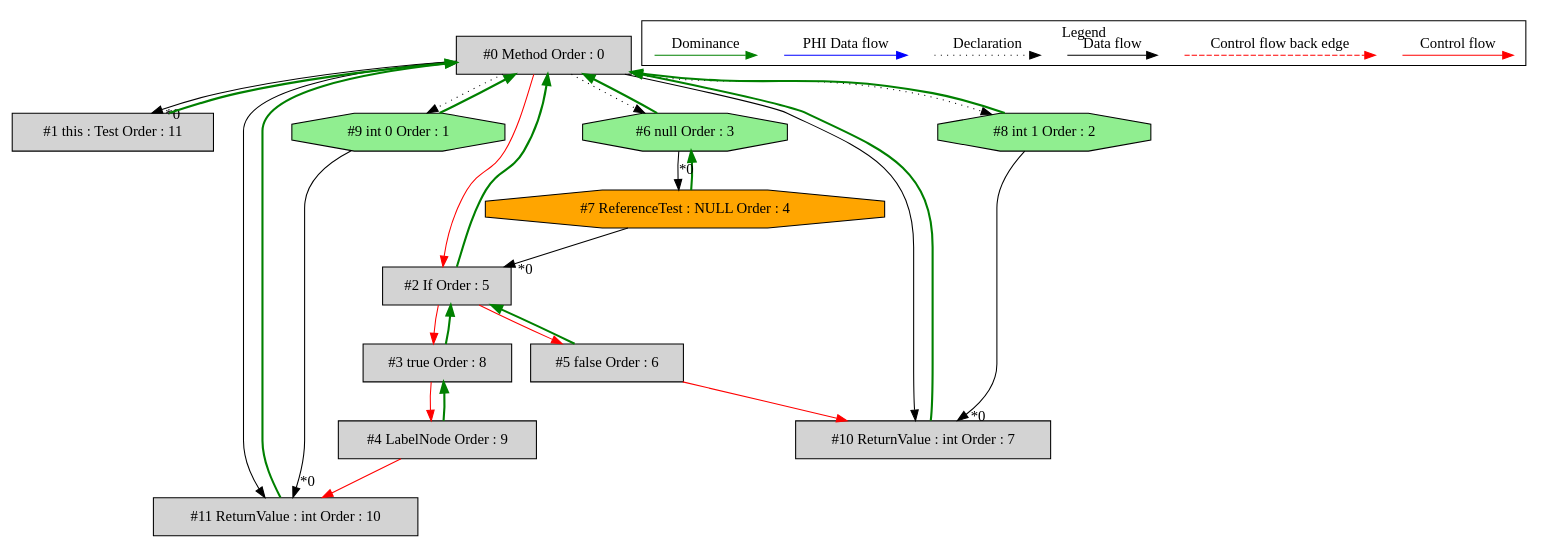
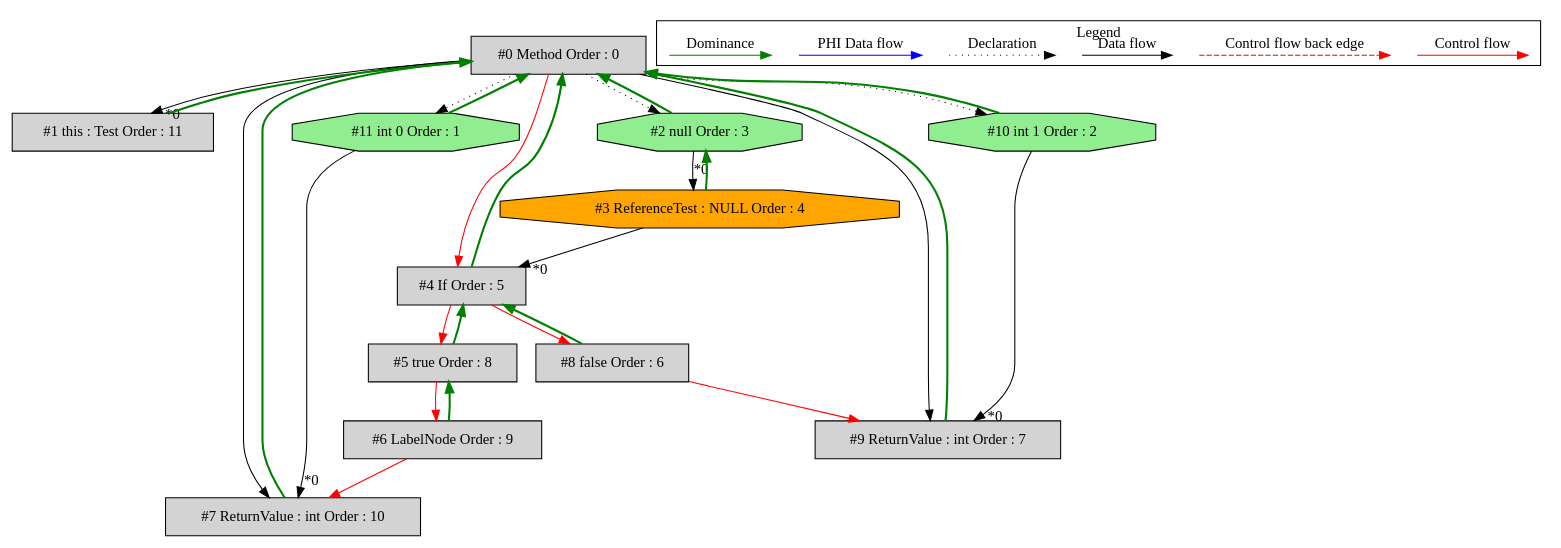
One commit to mirkosertic/MetaIR changed the diagram in de.mirkosertic.metair.ir.OpcodeIFNULLTest/test_IFNULL/ir_dominatortree.dot. Above: the diagram before and after it, drawn with Graphviz. The commit also changed 883 other files, not shown here.

```diff
--- a/de.mirkosertic.metair.ir.OpcodeIFNULLTest/test_IFNULL/ir_dominatortree.dot
+++ b/de.mirkosertic.metair.ir.OpcodeIFNULLTest/test_IFNULL/ir_dominatortree.dot
@@ -1,68 +1,68 @@
 digraph debugoutput {
  ordering="in";
  node0[label="#0 Method Order : 0",shape=box, fillcolor=lightgrey, style=filled];
  node1[label="#1 this : Test Order : 11",shape=box, fillcolor=lightgrey, style=filled];
  node1 -> node0[dir="forward" color="green" penwidth="2"];
  node0 -> node1[headlabel="*0", labeldistance=2];
- node2[label="#2 If Order : 5",shape=box, fillcolor=lightgrey, style=filled];
+ node2[label="#2 null Order : 3",shape=octagon, fillcolor=lightgreen, style=filled];
  node2 -> node0[dir="forward" color="green" penwidth="2"];
- node7 -> node2[headlabel="*0", labeldistance=2];
- node0 -> node2[labeldistance=2, color=red, fontcolor=red];
- node3[label="#3 true Order : 8",shape=box, fillcolor=lightgrey, style=filled];
+ node0 -> node2[style=dotted];
+ node3[label="#3 ReferenceTest : NULL Order : 4",shape=octagon, fillcolor=orange, style=filled];
  node3 -> node2[dir="forward" color="green" penwidth="2"];
- node2 -> node3[labeldistance=2, color=red, fontcolor=red];
- node4[label="#4 LabelNode Order : 9",shape=box, fillcolor=lightgrey, style=filled];
- node4 -> node3[dir="forward" color="green" penwidth="2"];
- node3 -> node4[labeldistance=2, color=red, fontcolor=red];
- node5[label="#5 false Order : 6",shape=box, fillcolor=lightgrey, style=filled];
- node5 -> node2[dir="forward" color="green" penwidth="2"];
- node2 -> node5[labeldistance=2, color=red, fontcolor=red];
- node6[label="#6 null Order : 3",shape=octagon, fillcolor=lightgreen, style=filled];
- node6 -> node0[dir="forward" color="green" penwidth="2"];
- node0 -> node6[style=dotted];
- node7[label="#7 ReferenceTest : NULL Order : 4",shape=octagon, fillcolor=orange, style=filled];
- node7 -> node6[dir="forward" color="green" penwidth="2"];
- node6 -> node7[headlabel="*0", labeldistance=2];
- node8[label="#8 int 1 Order : 2",shape=octagon, fillcolor=lightgreen, style=filled];
- node8 -> node0[dir="forward" color="green" penwidth="2"];
- node0 -> node8[style=dotted];
- node9[label="#9 int 0 Order : 1",shape=octagon, fillcolor=lightgreen, style=filled];
+ node2 -> node3[headlabel="*0", labeldistance=2];
+ node4[label="#4 If Order : 5",shape=box, fillcolor=lightgrey, style=filled];
+ node4 -> node0[dir="forward" color="green" penwidth="2"];
+ node3 -> node4[headlabel="*0", labeldistance=2];
+ node0 -> node4[labeldistance=2, color=red, fontcolor=red];
+ node5[label="#5 true Order : 8",shape=box, fillcolor=lightgrey, style=filled];
+ node5 -> node4[dir="forward" color="green" penwidth="2"];
+ node4 -> node5[labeldistance=2, color=red, fontcolor=red];
+ node6[label="#6 LabelNode Order : 9",shape=box, fillcolor=lightgrey, style=filled];
+ node6 -> node5[dir="forward" color="green" penwidth="2"];
+ node5 -> node6[labeldistance=2, color=red, fontcolor=red];
+ node7[label="#7 ReturnValue : int Order : 10",shape=box, fillcolor=lightgrey, style=filled];
+ node7 -> node0[dir="forward" color="green" penwidth="2"];
+ node11 -> node7[headlabel="*0", labeldistance=2];
+ node6 -> node7[labeldistance=2, color=red, fontcolor=red];
+ node0 -> node7;
+ node8[label="#8 false Order : 6",shape=box, fillcolor=lightgrey, style=filled];
+ node8 -> node4[dir="forward" color="green" penwidth="2"];
+ node4 -> node8[labeldistance=2, color=red, fontcolor=red];
+ node9[label="#9 ReturnValue : int Order : 7",shape=box, fillcolor=lightgrey, style=filled];
  node9 -> node0[dir="forward" color="green" penwidth="2"];
- node0 -> node9[style=dotted];
- node10[label="#10 ReturnValue : int Order : 7",shape=box, fillcolor=lightgrey, style=filled];
+ node10 -> node9[headlabel="*0", labeldistance=2];
+ node8 -> node9[labeldistance=2, color=red, fontcolor=red];
+ node0 -> node9;
+ node10[label="#10 int 1 Order : 2",shape=octagon, fillcolor=lightgreen, style=filled];
  node10 -> node0[dir="forward" color="green" penwidth="2"];
- node8 -> node10[headlabel="*0", labeldistance=2];
- node5 -> node10[labeldistance=2, color=red, fontcolor=red];
- node0 -> node10;
- node11[label="#11 ReturnValue : int Order : 10",shape=box, fillcolor=lightgrey, style=filled];
+ node0 -> node10[style=dotted];
+ node11[label="#11 int 0 Order : 1",shape=octagon, fillcolor=lightgreen, style=filled];
  node11 -> node0[dir="forward" color="green" penwidth="2"];
- node9 -> node11[headlabel="*0", labeldistance=2];
- node4 -> node11[labeldistance=2, color=red, fontcolor=red];
- node0 -> node11;
+ node0 -> node11[style=dotted];
  subgraph cluster_000 {
   label = "Legend";
   node [shape=point]
   {
    rank=same;
    c0 [style = invis];
    c1 [style = invis];
    c2 [style = invis];
    c3 [style = invis];
    d0 [style = invis];
    d1 [style = invis];
    d2 [style = invis];
    d3 [style = invis];
    d4 [style = invis];
    d5 [style = invis];
    d6 [style = invis];
    d7 [style = invis];
   }
   c0 -> c1 [label="Control flow", style=solid, color=red]
   c2 -> c3 [label="Control flow back edge", style=dashed, color=red]
   d0 -> d1 [label="Data flow"]
   d2 -> d3 [label="Declaration", style=dotted]
   d4 -> d5 [label="PHI Data flow", color=blue]
   d6 -> d7 [label="Dominance", color=green]
  }
 
 }
```
